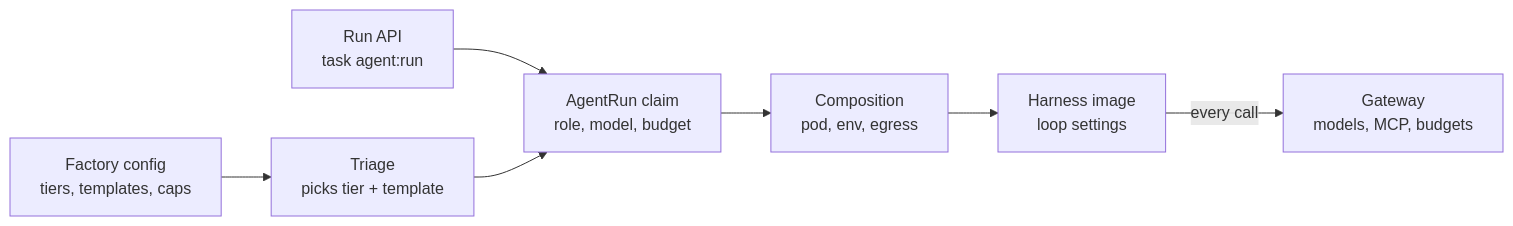
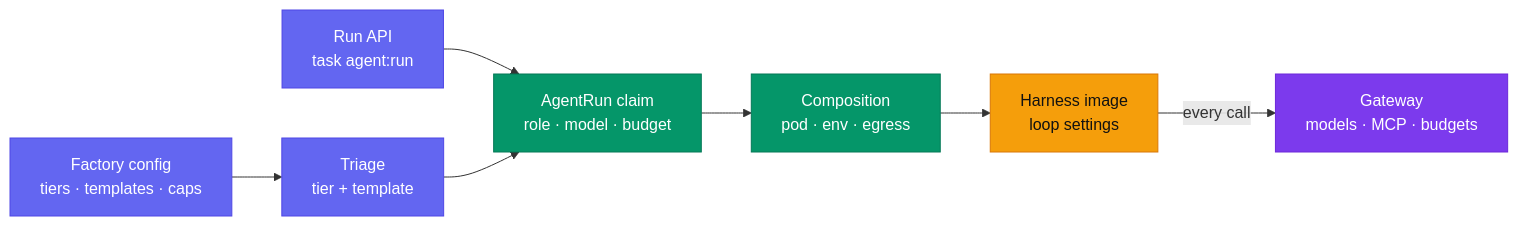
One commit to Smana/ai-native-ref changed the second of 3 diagrams in website/content/docs/platform/ai-platform/agents/harness.md. Above: the diagram before and after it, drawn with Mermaid. The commit also changed other lines of this file and 1 other file, not shown here.

Commit message:
docs(agents): cards, tabs, badges and coloured diagrams on the harness pages

````diff
--- a/website/content/docs/platform/ai-platform/agents/harness.md
+++ b/website/content/docs/platform/ai-platform/agents/harness.md
@@ -74,9 +82,13 @@
 ```mermaid
 flowchart LR
-  F["Factory config<br/>tiers, templates, caps"] --> T["Triage<br/>picks tier + template"]
-  API["Run API<br/>task agent:run"] --> C
-  T --> C["AgentRun claim<br/>role, model, budget"]
-  C --> K["Composition<br/>pod, env, egress"]
-  K --> H["Harness image<br/>loop settings"]
-  H -- every call --> G["Gateway<br/>models, MCP, budgets"]
+  F["Factory config<br/>tiers · templates · caps"]:::cfg --> T["Triage<br/>tier + template"]:::cfg
+  API["Run API<br/>task agent:run"]:::cfg --> C
+  T --> C["AgentRun claim<br/>role · model · budget"]:::claim
+  C --> K["Composition<br/>pod · env · egress"]:::claim
+  K --> H["Harness image<br/>loop settings"]:::run
+  H -- every call --> G["Gateway<br/>models · MCP · budgets"]:::gw
+  classDef cfg fill:#6366f1,stroke:#4f46e5,color:#fff
+  classDef claim fill:#059669,stroke:#047857,color:#fff
+  classDef run fill:#f59e0b,stroke:#d97706,color:#111
+  classDef gw fill:#7c3aed,stroke:#6d28d9,color:#fff
 ```
````
